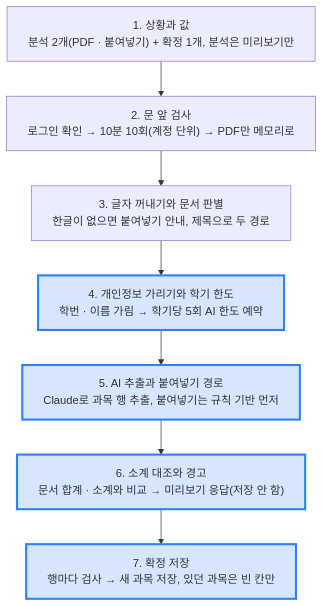
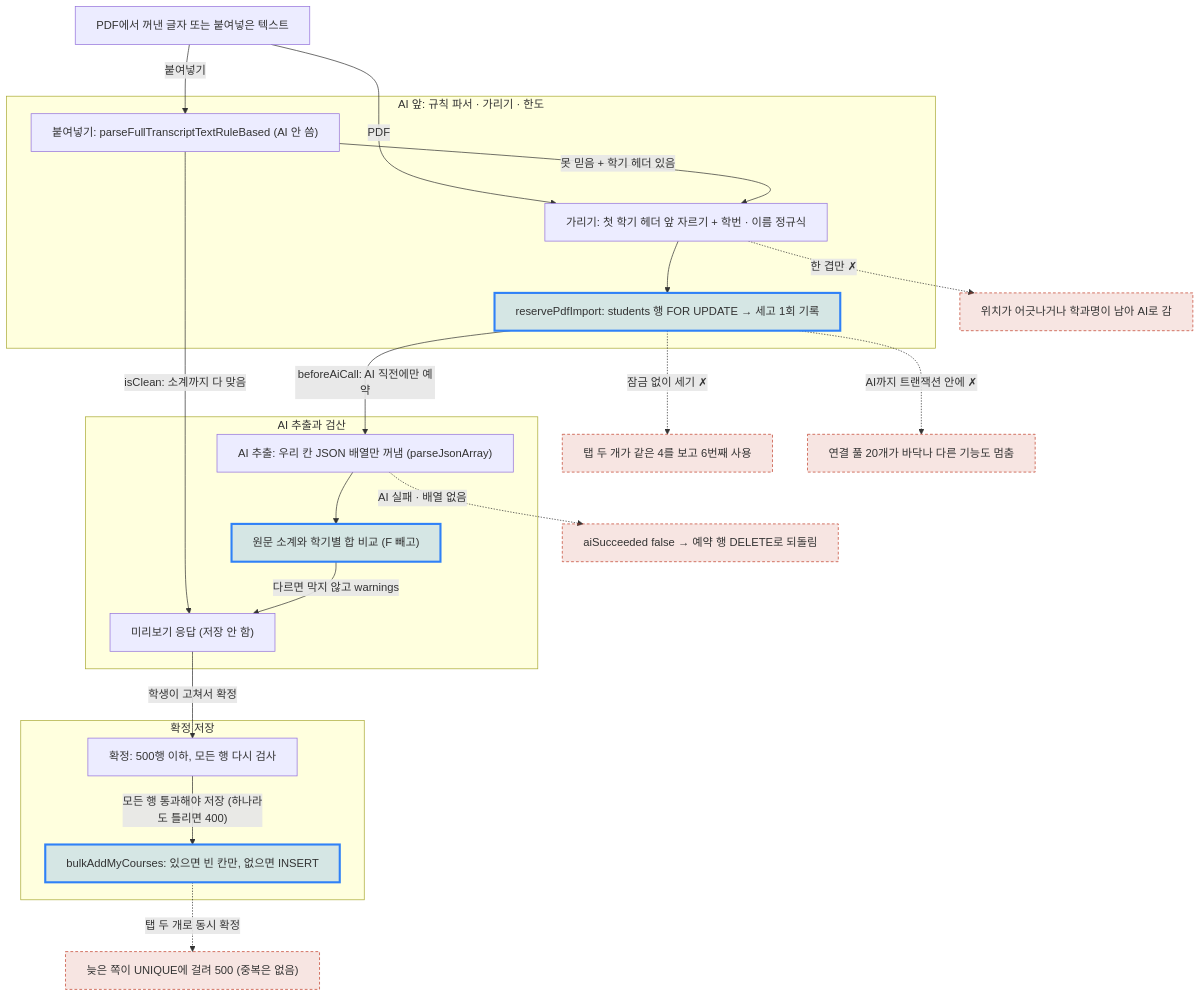
One commit to ChildrenAon/TIL changed the diagram in 2026/November/11-22.md. Above: the diagram before and after it, drawn with Mermaid. The commit also changed other lines of this file, not shown here.

Commit message:
[ONE Student] 성적 PDF 학기 한도 · AI 추출 · 소계 검산 · 확정 저장
고침: 맨 위 그림을 그날 내용이 담긴 그림 한 장으로 바꿈

````diff
--- a/2026/November/11-22.md
+++ b/2026/November/11-22.md
@@ -18,12 +19,38 @@
 ```mermaid
 %%{init: {"flowchart": {"wrappingWidth": 600}, "themeCSS": ".edgeLabel div { display: table-cell !important; width: auto !important; max-width: none !important; white-space: nowrap !important; } .edgeLabel p { padding: 5px 12px !important; margin: 0 !important; background: #55555599; } .edgeLabel, .edgeLabel span, .edgeLabel .labelBkg { background: transparent !important; }"}}%%
 flowchart TD
-  A["1. 상황과 값<br/>분석 2개(PDF · 붙여넣기) + 확정 1개, 분석은 미리보기만"] --> B["2. 문 앞 검사<br/>로그인 확인 → 10분 10회(계정 단위) → PDF만 메모리로"]
-  B --> C["3. 글자 꺼내기와 문서 판별<br/>한글이 없으면 붙여넣기 안내, 제목으로 두 경로"]
-  C --> D["4. 개인정보 가리기와 학기 한도<br/>학번 · 이름 가림 → 학기당 5회 AI 한도 예약"]
-  D --> E["5. AI 추출과 붙여넣기 경로<br/>Claude로 과목 행 추출, 붙여넣기는 규칙 기반 먼저"]
-  E --> F["6. 소계 대조와 경고<br/>문서 합계 · 소계와 비교 → 미리보기 응답(저장 안 함)"]
-  F --> G["7. 확정 저장<br/>행마다 검사 → 새 과목 저장, 있던 과목은 빈 칸만"]
+  IN["PDF에서 꺼낸 글자 또는 붙여넣은 텍스트"]
+  subgraph G1["AI 앞: 규칙 파서 · 가리기 · 한도"]
+    T["붙여넣기: parseFullTranscriptTextRuleBased (AI 안 씀)"]
+    R["가리기: 첫 학기 헤더 앞 자르기 + 학번 · 이름 정규식"]
+    Q["reservePdfImport: students 행 FOR UPDATE → 세고 1회 기록"]
+  end
+  subgraph G2["AI 추출과 검산"]
+    A["AI 추출: 우리 칸 JSON 배열만 꺼냄 (parseJsonArray)"]
+    V["원문 소계와 학기별 합 비교 (F 빼고)"]
+    PV["미리보기 응답 (저장 안 함)"]
+  end
+  subgraph G3["확정 저장"]
+    K["확정: 500행 이하, 모든 행 다시 검사"]
+    B["bulkAddMyCourses: 있으면 빈 칸만, 없으면 INSERT"]
+  end
+  IN -->|"붙여넣기"| T
+  IN -->|"PDF"| R
+  T -->|"못 믿음 + 학기 헤더 있음"| R
+  T -->|"isClean: 소계까지 다 맞음"| PV
+  R --> Q
+  Q -->|"beforeAiCall: AI 직전에만 예약"| A
+  A --> V
+  V -->|"다르면 막지 않고 warnings"| PV
+  PV -->|"학생이 고쳐서 확정"| K
+  K -->|"모든 행 통과해야 저장 (하나라도 틀리면 400)"| B
+  R -.->|"한 겹만 ✗"| X1["위치가 어긋나거나 학과명이 남아 AI로 감"]
+  Q -.->|"잠금 없이 세기 ✗"| X2["탭 두 개가 같은 4를 보고 6번째 사용"]
+  Q -.->|"AI까지 트랜잭션 안에 ✗"| X3["연결 풀 20개가 바닥나 다른 기능도 멈춤"]
+  A -.->|"AI 실패 · 배열 없음"| X4["aiSucceeded false → 예약 행 DELETE로 되돌림"]
+  B -.->|"탭 두 개로 동시 확정"| X5["늦은 쪽이 UNIQUE에 걸려 500 (중복은 없음)"]
   classDef seen fill:#2f81f733,stroke:#2f81f7,stroke-width:3px
-  class D,E,F,G seen
+  classDef bad fill:#c2402a22,stroke:#c2402a,stroke-dasharray:4 3
+  class Q,V,B seen
+  class X1,X2,X3,X4,X5 bad
 ```
````
